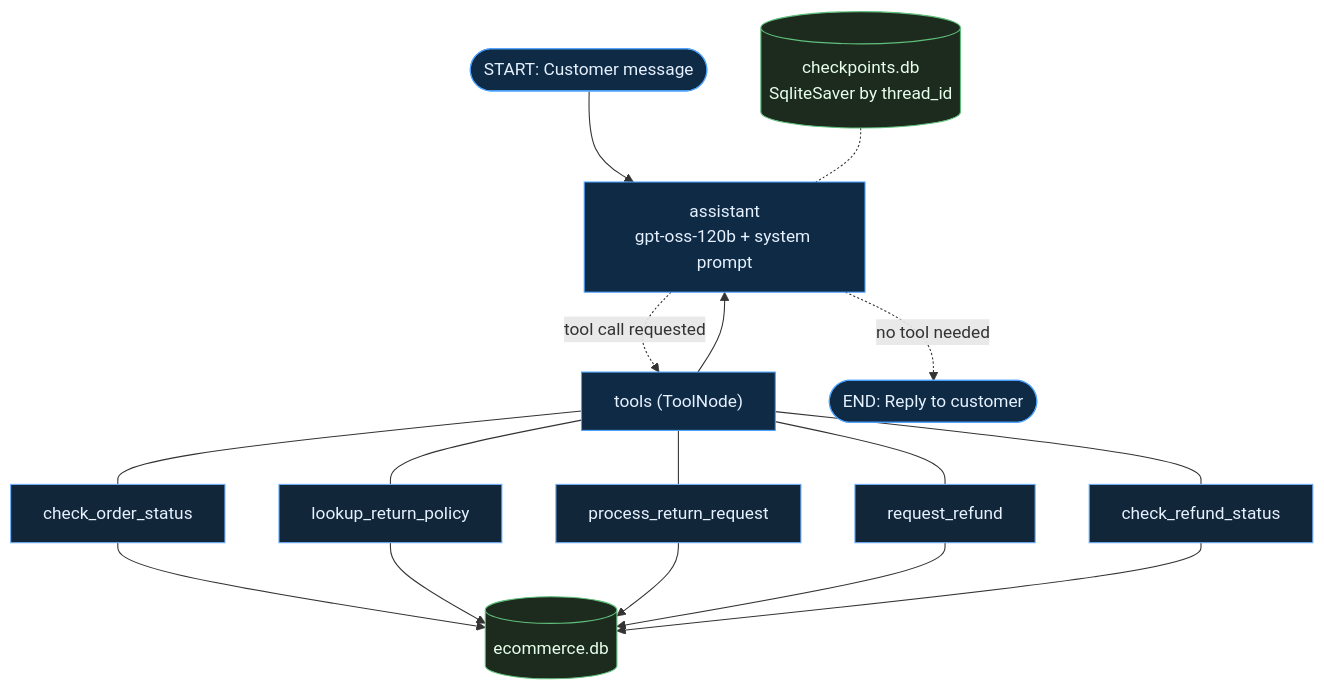
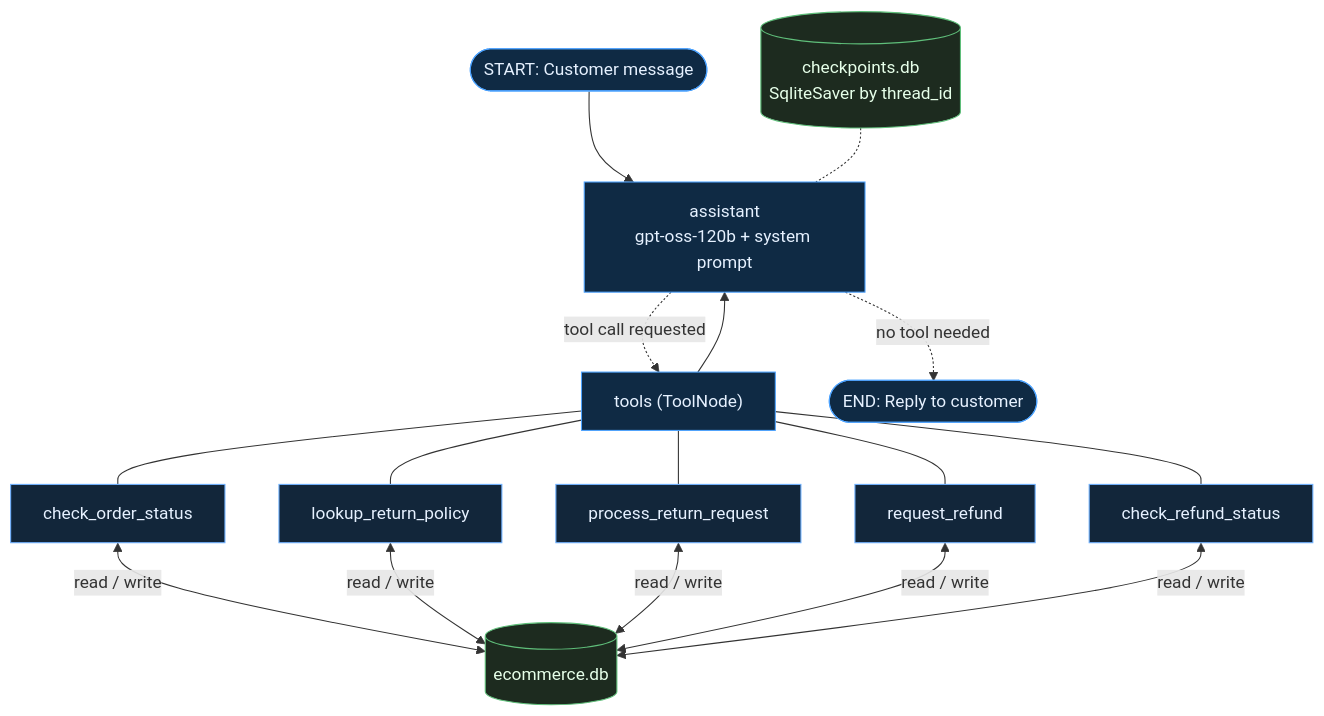
Before and after one commit to Chaithanya449/ai-customer-support-agent_with_human_in_the_loop_review: the diagram in readme.md, drawn with Mermaid.

````diff
--- a/readme.md
+++ b/readme.md
@@ -30,23 +30,23 @@
 ```mermaid
 flowchart TD
     S([START: Customer message]) --> A["assistant<br/>gpt-oss-120b + system prompt"]
     A -. "tool call requested" .-> T["tools (ToolNode)"]
     A -. "no tool needed" .-> E([END: Reply to customer])
     T --> A
 
     T --- T1[check_order_status]
     T --- T2[lookup_return_policy]
     T --- T3[process_return_request]
     T --- T4[request_refund]
     T --- T5[check_refund_status]
-    T1 & T2 & T3 & T4 & T5 --> DB[("ecommerce.db")]
+    T1 & T2 & T3 & T4 & T5 <-->|"read / write"| DB[("ecommerce.db")]
 
     CP[("checkpoints.db<br/>SqliteSaver by thread_id")] -.- A
 
     classDef node fill:#0f2a44,stroke:#4da3ff,color:#e6f1ff;
     classDef tool fill:#12263a,stroke:#6fb1ff,color:#e6f1ff;
     classDef store fill:#1d2b1f,stroke:#5fbf7a,color:#e6ffe9;
     class A,T node;
     class T1,T2,T3,T4,T5 tool;
     class DB,CP store;
 ```
````
